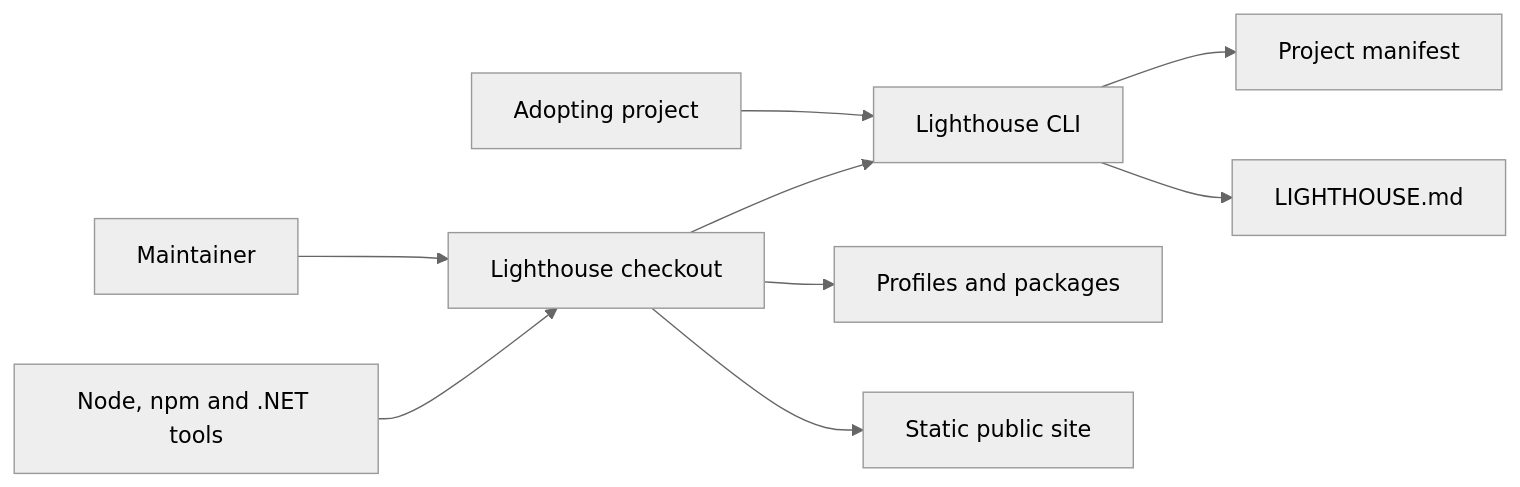
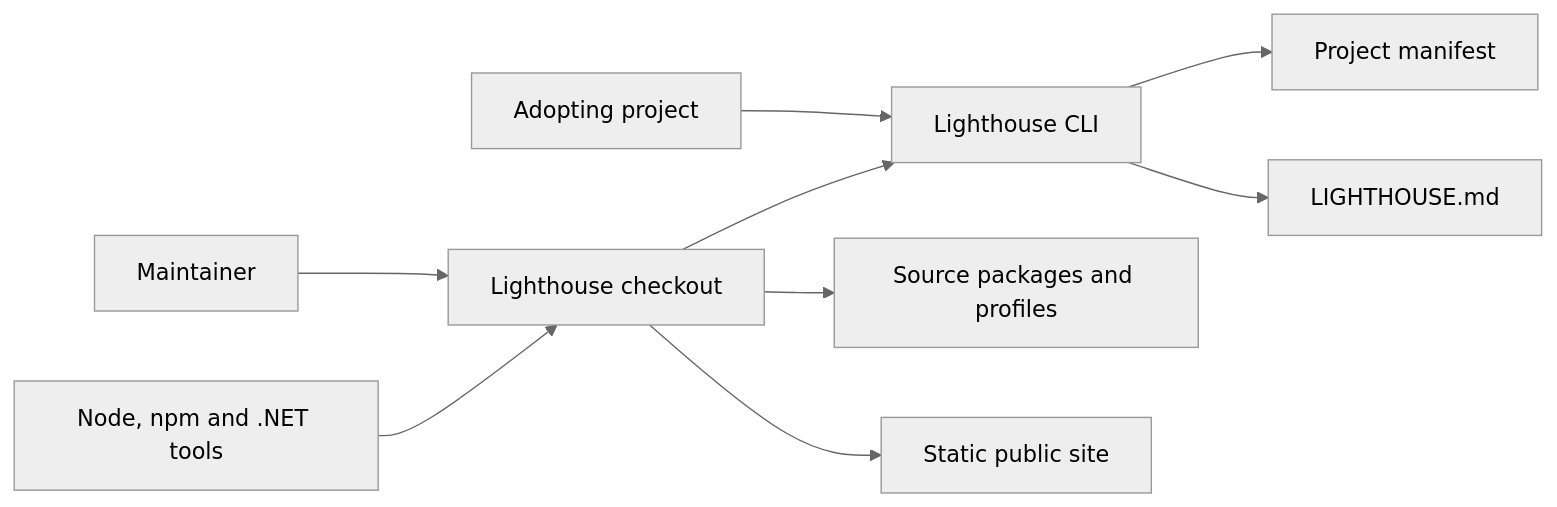
One commit to juangcarmona/lighthouse changed the first of 2 diagrams in docs/architecture/03-context-and-scope.md. Above: the diagram before and after it, drawn with Mermaid (neutral theme). The commit also changed other lines of this file and 472 other files, not shown here.

Commit message:
docs: publish product and architecture snapshots

````diff
--- a/docs/architecture/03-context-and-scope.md
+++ b/docs/architecture/03-context-and-scope.md
@@ -11,12 +11,12 @@
 ```mermaid
 flowchart LR
-    accTitle: Current Lighthouse context
+    accTitle: Current Lighthouse repository context
     maintainer[Maintainer] --> checkout[Lighthouse checkout]
     adopter[Adopting project] --> cli[Lighthouse CLI]
     checkout --> cli
     cli --> manifest[Project manifest]
     cli --> projection[LIGHTHOUSE.md]
-    checkout --> profiles[Profiles and packages]
+    checkout --> packages[Source packages and profiles]
     checkout --> site[Static public site]
     tools[Node, npm and .NET tools] --> checkout
 ```
````
